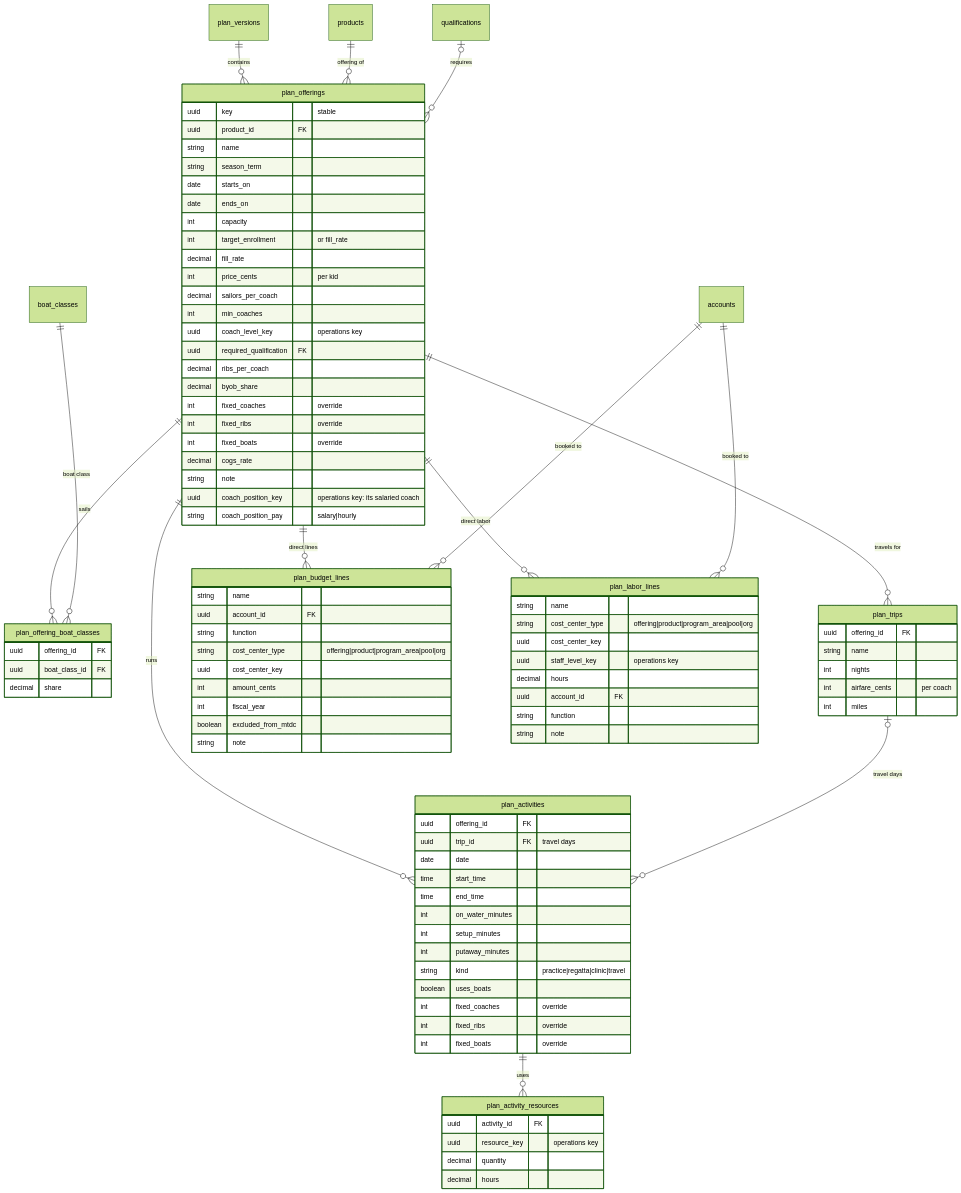
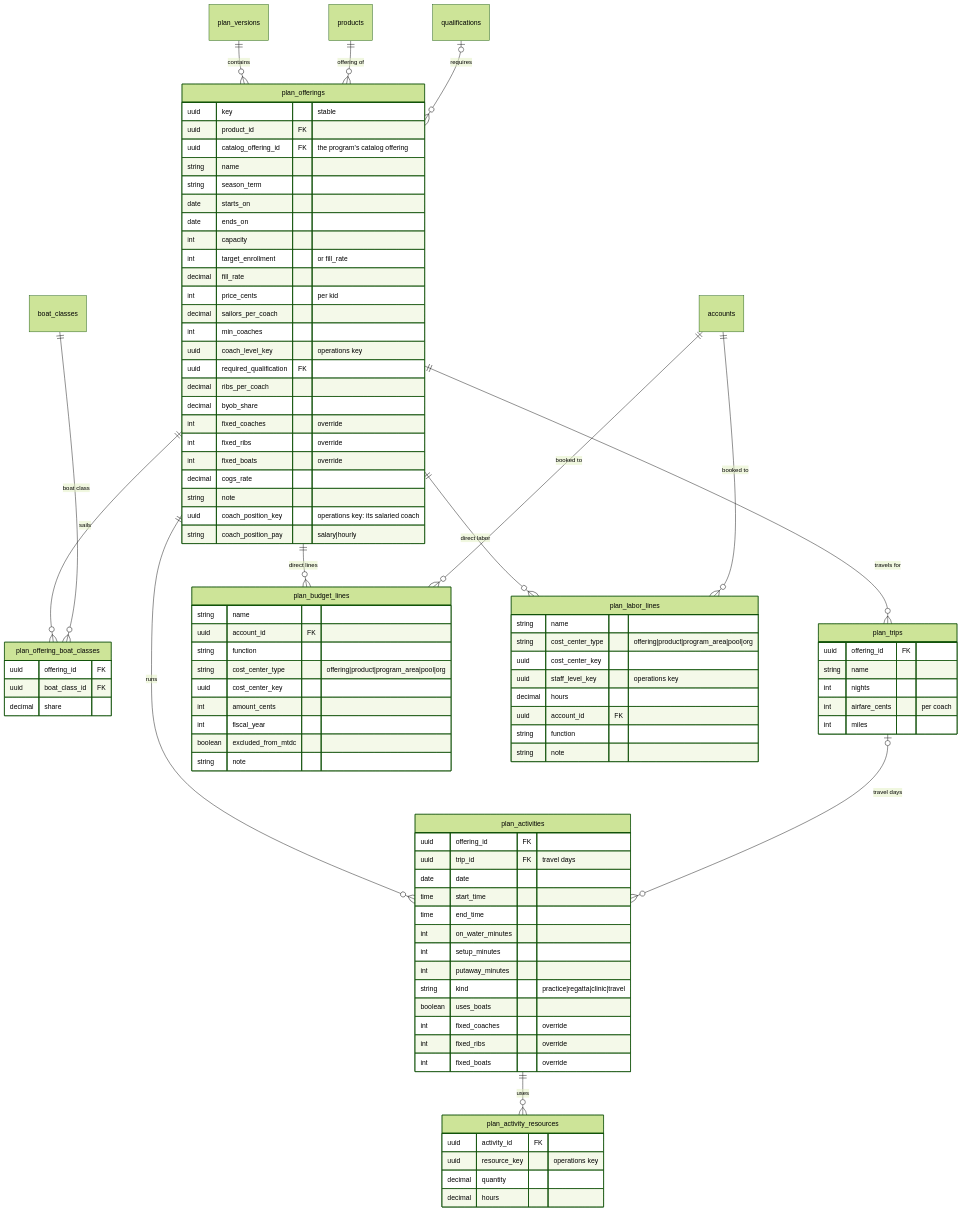
Before and after one commit to cyc-seattle/platform: the third of 6 diagrams in docs/planning-schema.md, drawn with Mermaid (forest theme). The commit also changed other lines of this file and 3 other files, not shown here.

Commit message:
docs: Financial Plans, Program Plans, and catalog offerings in the planning docs

```diff
--- a/docs/planning-schema.md
+++ b/docs/planning-schema.md
@@ -249,6 +249,7 @@
     plan_offerings {
         uuid key "stable"
         uuid product_id FK
+        uuid catalog_offering_id FK "the program's catalog offering"
         string name
         string season_term
         date starts_on
```
